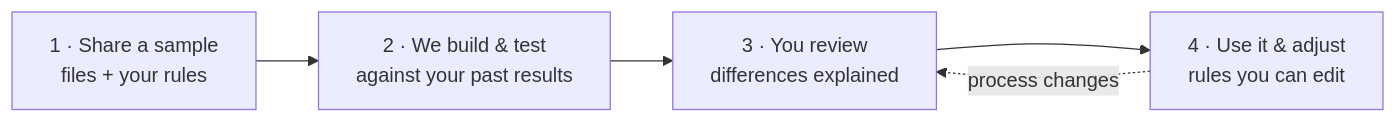
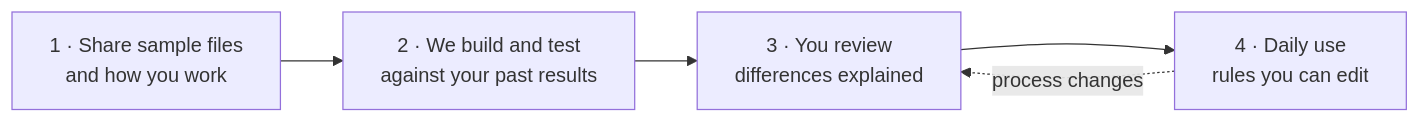
One commit to Ionianverse/FreightKit changed the third of 3 diagrams in README.md. Above: the diagram before and after it, drawn with Mermaid. The commit also changed other lines of this file and 2 other files, not shown here.

````diff
--- a/README.md
+++ b/README.md
@@ -194,7 +179,7 @@
 ```mermaid
 flowchart LR
-    S1["1 · Share a sample<br/>files + your rules"] --> S2["2 · We build & test<br/>against your past results"]
+    S1["1 · Share sample files<br/>and how you work"] --> S2["2 · We build and test<br/>against your past results"]
     S2 --> S3["3 · You review<br/>differences explained"]
-    S3 --> S4["4 · Use it & adjust<br/>rules you can edit"]
+    S3 --> S4["4 · Daily use<br/>rules you can edit"]
     S4 -. process changes .-> S3
 ```
````
